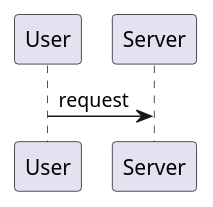
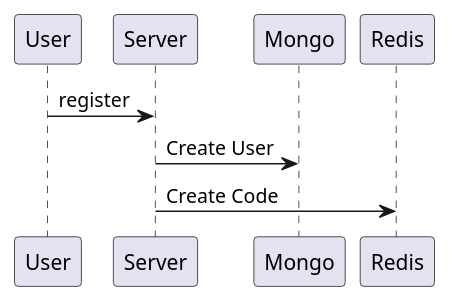
The diagram in diagram.puml (BiggerPanda/NieWiemCoDacZaNazwe), drawn with PlantUML before and after one commit.

Commit message:
UML tests

```diff
--- a/diagram.puml
+++ b/diagram.puml
@@ -1,3 +1,5 @@
 @startuml
-User -> Server : request
+User -> Server : register
+Server -> Mongo : Create User
+Server -> Redis : Create Code 
 @enduml
```
